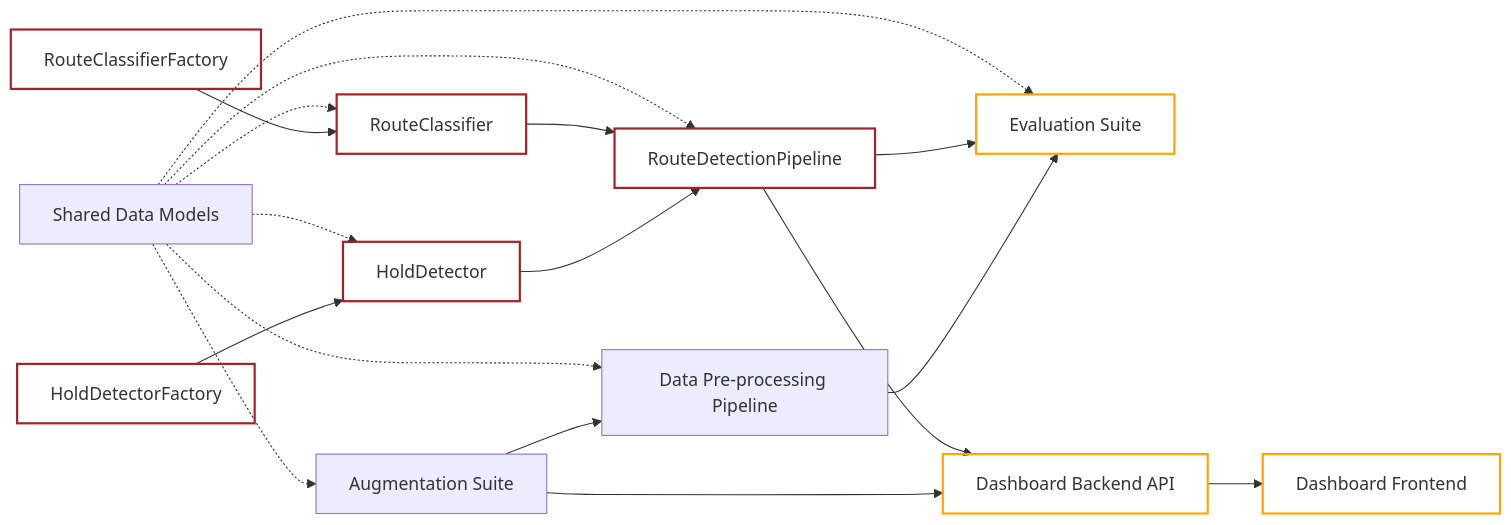
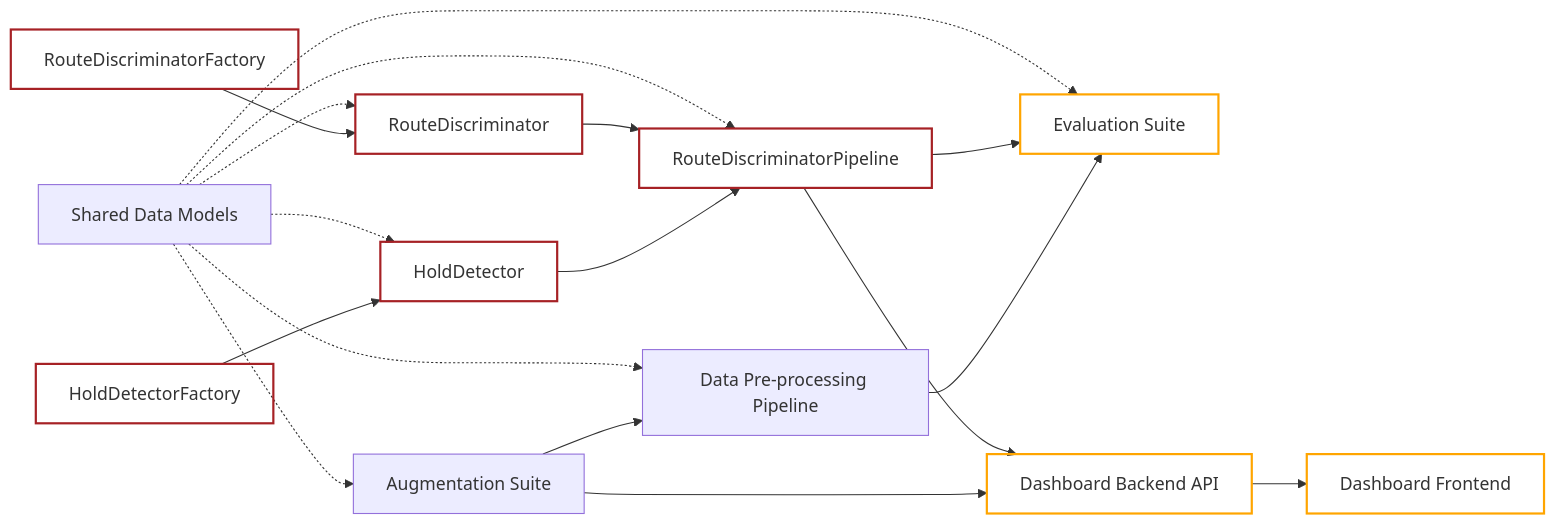
Before and after one commit to mac-edmondson/zero-shot-route-segmentation: the diagram in docs/spec/pipeline/README.md, drawn with Mermaid. The commit also changed other lines of this file and 18 other files, not shown here.

````diff
--- a/docs/spec/pipeline/README.md
+++ b/docs/spec/pipeline/README.md
@@ -17,43 +17,43 @@
 ```mermaid
 flowchart LR
     Aug[Augmentation Suite] --> Prep[Data Pre-processing Pipeline]
     Prep --> Eval[Evaluation Suite]
     Aug --> API
 
     HDF[HoldDetectorFactory] --> HD[HoldDetector]
-    RCF[RouteClassifierFactory] --> RC[RouteClassifier]
-    HD --> Pipe[RouteDetectionPipeline]
+    RCF[RouteDiscriminatorFactory] --> RC[RouteDiscriminator]
+    HD --> Pipe[RouteDiscriminatorPipeline]
     RC --> Pipe
     Pipe --> Eval
     Pipe --> API[Dashboard Backend API]
     API --> UI[Dashboard Frontend]
 
     Models[Shared Data Models] -.-> HD
     Models -.-> RC
     Models -.-> Pipe
     Models -.-> Aug
     Models -.-> Prep
     Models -.-> Eval
 
     click Aug "./interfaces/augmentation-suite.md"
     click Models "./interfaces/data-models.md"
     click HD "./interfaces/hold-detector.md"
     click HDF "./interfaces/hold-detector-factory.md"
-    click RC "./interfaces/route-classifier.md"
-    click RCF "./interfaces/route-classifier-factory.md"
-    click Pipe "./interfaces/route-detection-pipeline.md"
+    click RC "./interfaces/route-discriminator.md"
+    click RCF "./interfaces/route-discriminator-factory.md"
+    click Pipe "./interfaces/route-discriminator-pipeline.md"
     click Prep "interfaces/data-preprocessing-pipeline.md"
     click Eval "interfaces/evaluation-suite.md"
     click API "interfaces/dashboard-backend.md"
     click UI "interfaces/dashboard-frontend.md"
 
     style HD fill:transparent,stroke:#a62125,stroke-width:2px
     style HDF fill:transparent,stroke:#a62125,stroke-width:2px
     style RC fill:transparent,stroke:#a62125,stroke-width:2px
     style RCF fill:transparent,stroke:#a62125,stroke-width:2px
     style Pipe fill:transparent,stroke:#a62125,stroke-width:2px
 
     style Eval fill:transparent,stroke:#FFA500,stroke-width:2px
     style API fill:transparent,stroke:#FFA500,stroke-width:2px
     style UI fill:transparent,stroke:#FFA500,stroke-width:2px
 ```
````
